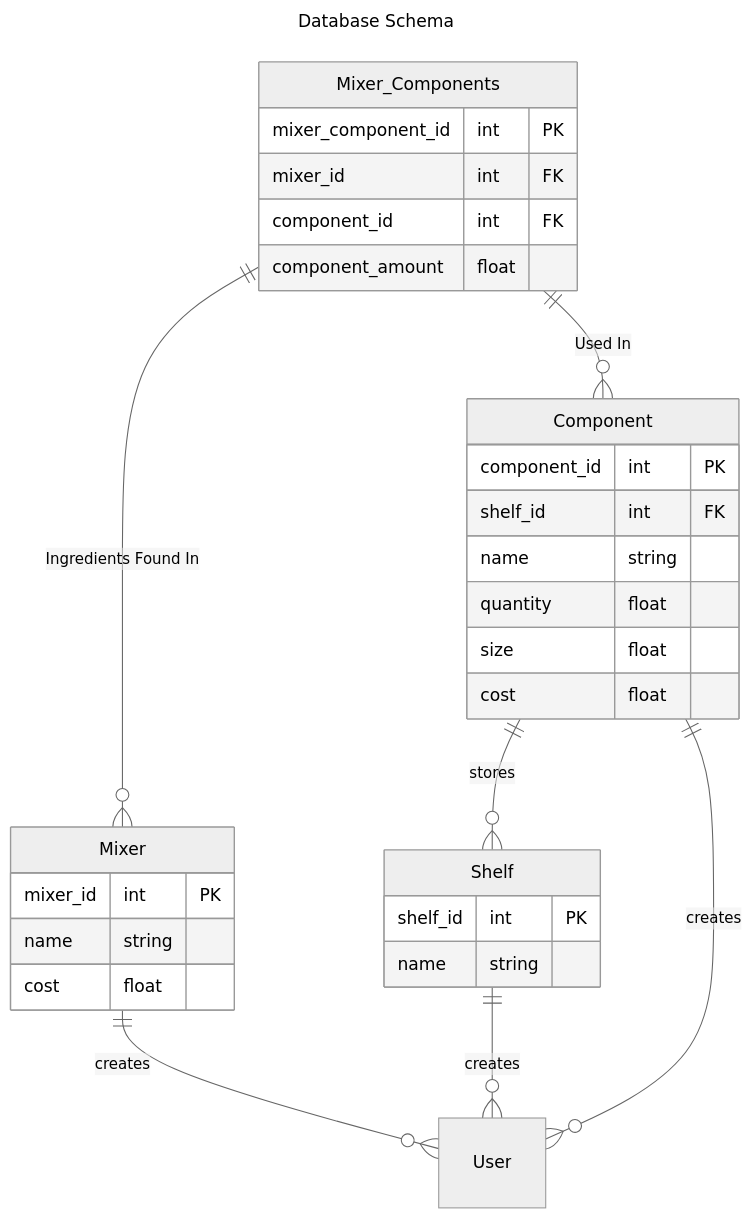
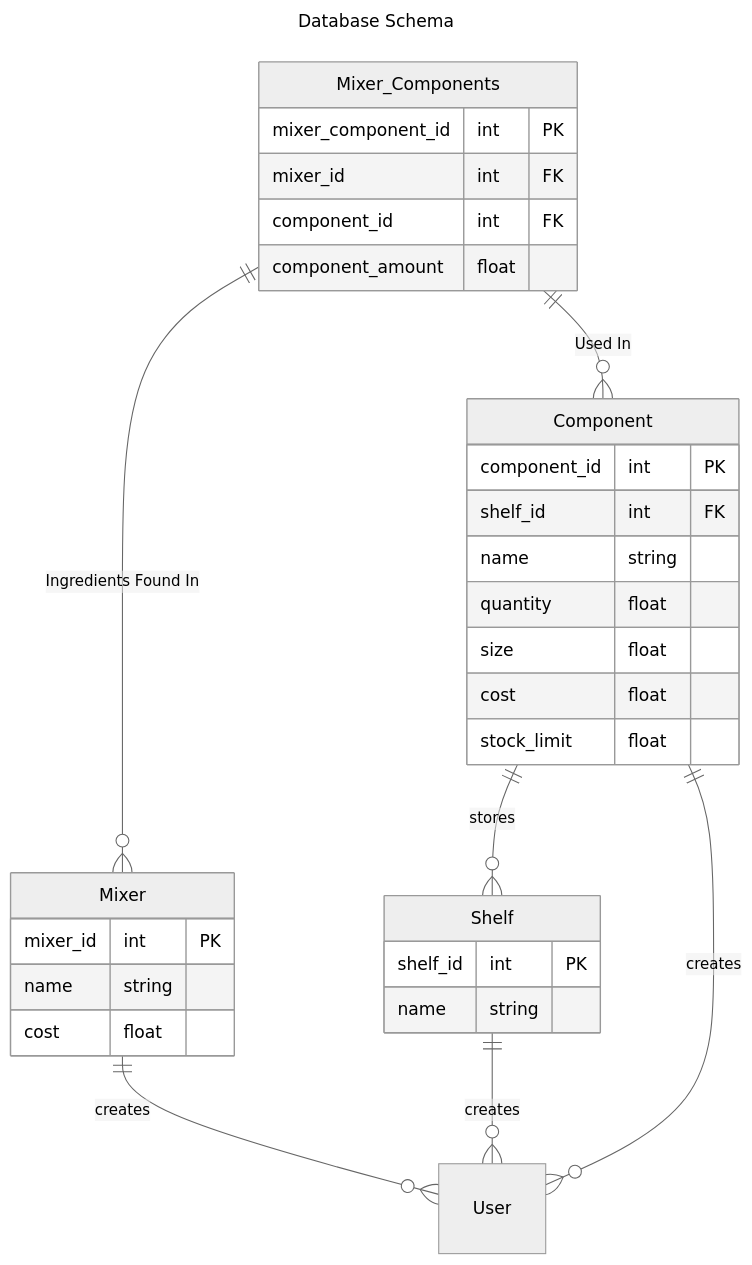
Before and after one commit to Maxwell-Schmidt/HomeBarInventory: the diagram in DBSCHEMA.md, drawn with Mermaid (neutral theme). The commit also changed 1 other file, not shown here.

Commit message:
Updated DB to include stock_limit on Component

````diff
--- a/DBSCHEMA.md
+++ b/DBSCHEMA.md
@@ -5,43 +5,44 @@
 ```mermaid
 ---
 title: Database Schema
 ---
 erDiagram
 Mixer_Components ||--o{Component: "Used In"
 Mixer_Components ||--o{Mixer: "Ingredients Found In"
 Component ||--o{Shelf : "stores"
 Mixer ||--o{User : "creates"
 Shelf ||--o{User : "creates"
 Component ||--o{ User : "creates"
 
 User {}
 
 Component {
     component_id int PK
     shelf_id int FK
     name string
     quantity float
     size float
     cost float
+    stock_limit float
 }
 
 Shelf {
     shelf_id int PK
     name string
 }
 
 Mixer {
     mixer_id int PK
     name string
     cost float
 }
 
 Mixer_Components {
     mixer_component_id int PK
     mixer_id int FK
     component_id int FK
     component_amount float
 }
 
 
 ```
````
